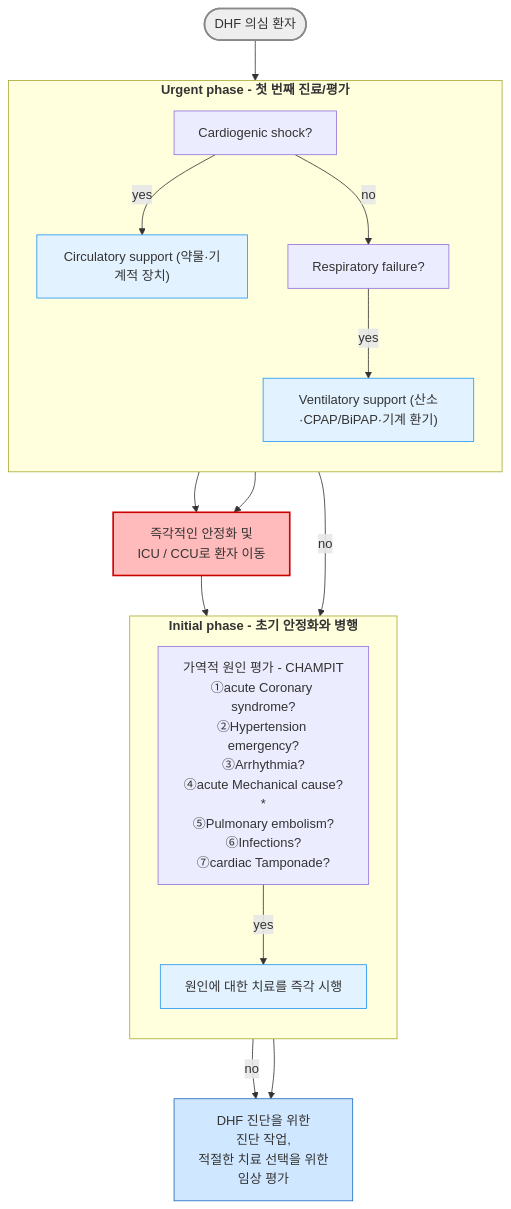
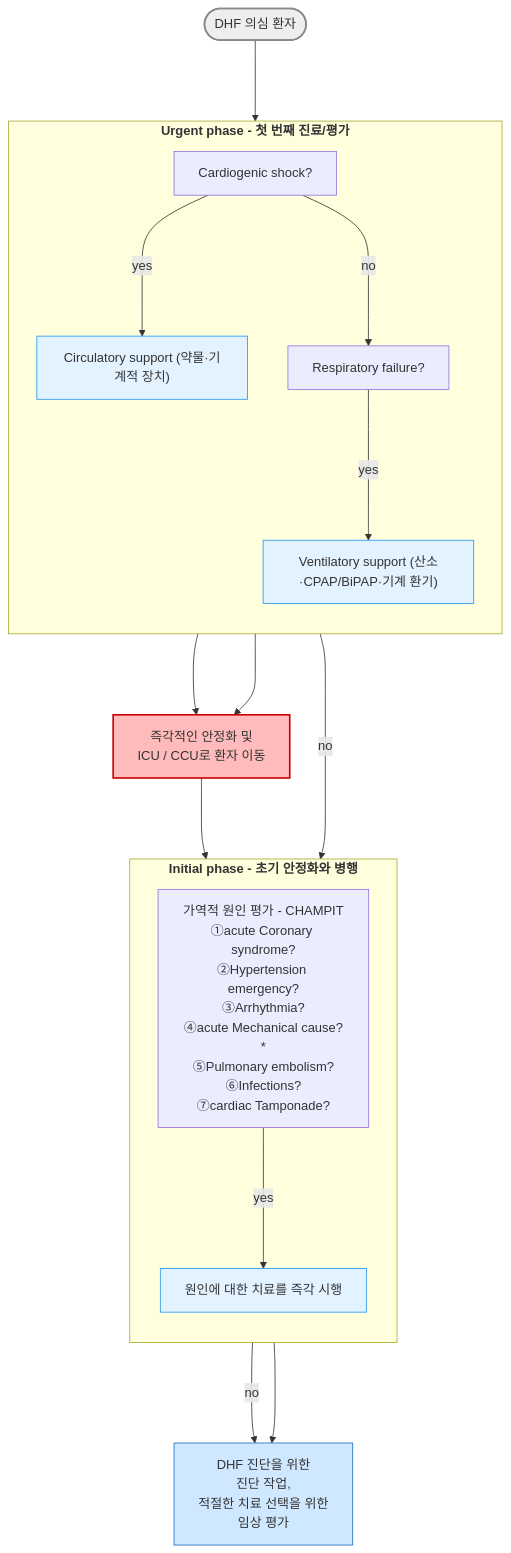
Before and after one commit to familyoh77/familyoh77: the third of 3 diagrams in 225_/098_-heart-failure.md, drawn with Mermaid. The commit also changed other lines of this file and 3 other files, not shown here.

````diff
--- a/225_/098_-heart-failure.md
+++ b/225_/098_-heart-failure.md
@@ -201,42 +217,42 @@
 ```mermaid
 flowchart TD
     START(["DHF 의심 환자"])
     style START fill:#eeeeee,stroke:#888888,stroke-width:2px
 
     subgraph URGENT["<b>Urgent phase - 첫 번째 진료/평가</b>"]
         direction TB
         Q1["Cardiogenic shock?"]
         Q2["Respiratory failure?"]
         Q1S["Circulatory support (약물·기계적 장치)"]
         Q2S["Ventilatory support (산소·CPAP/BiPAP·기계 환기)"]
         classDef sky fill:#e3f2ff,stroke:#2196f3
         class Q1S,Q2S sky
 
     end
 
     ICU["즉각적인 안정화 및\nICU / CCU로 환자 이동"]
     style ICU fill:#fbb,stroke:#c00,stroke-width:2px
 
     subgraph IMMEDIATE["<b>Initial phase - 초기 안정화와 병행</b>"]
         direction TB
         CAUSE["가역적 원인 평가 - CHAMPIT\n①acute Coronary syndrome?\n②Hypertension emergency?\n③Arrhythmia?\n④acute Mechanical cause?*\n⑤Pulmonary embolism?\n⑥Infections?\n⑦cardiac Tamponade?"]
         TREAT["원인에 대한 치료를 즉각 시행"]
         style TREAT fill:#e3f2ff,stroke:#2196f3
     end
 
     WORKUP["DHF 진단을 위한\n진단 작업,\n적절한 치료 선택을 위한\n임상 평가"]
     style WORKUP fill:#d0e8ff,stroke:#1a6abf
 
-    START --> Q1
-    Q1 -->|yes| Q1S
-    Q1 -->|no| Q2
-    Q2 -->|yes| Q2S
-    Q1S --> ICU
-    Q2S --> ICU
-    Q2 -->|no| IMMEDIATE
-    ICU --> IMMEDIATE
-    CAUSE -->|yes| TREAT
-    CAUSE -->|no| WORKUP
-    TREAT --> WORKUP
+    START ---> Q1
+    Q1 --->|yes| Q1S
+    Q1 --->|no| Q2
+    Q2 --->|yes| Q2S
+    Q1S ---> ICU
+    Q2S ---> ICU
+    Q2 --->|no| IMMEDIATE
+    ICU ---> IMMEDIATE
+    CAUSE --->|yes| TREAT
+    CAUSE --->|no| WORKUP
+    TREAT ---> WORKUP
 
 ```
````
